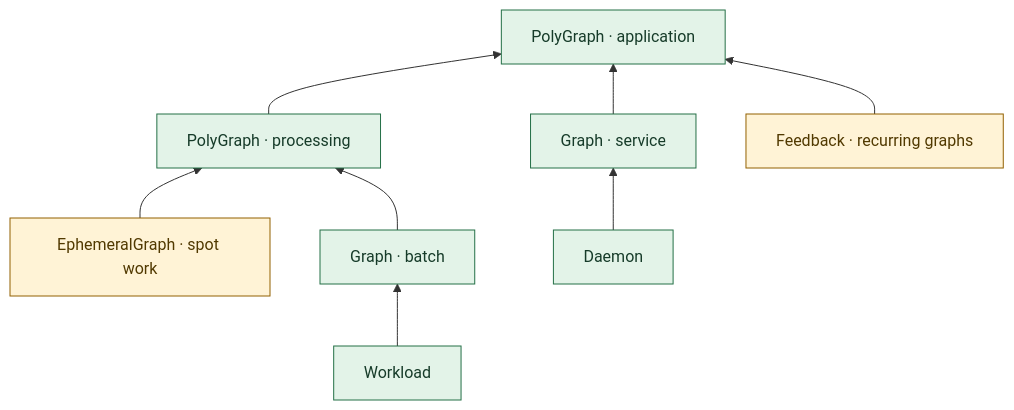
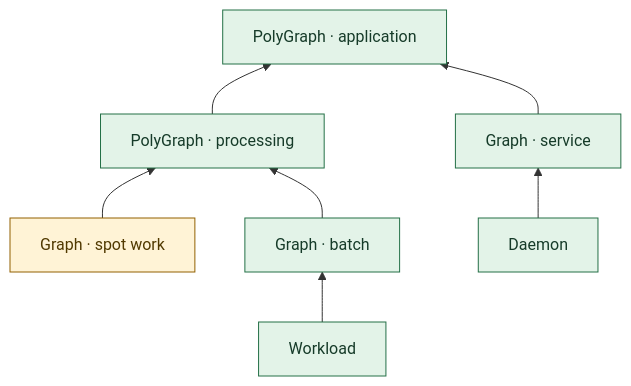
The first of 7 diagrams in README.md (astrivant/polyad), drawn with Mermaid before and after one commit. The commit also changed other lines of this file and 92 other files, not shown here.

````diff
--- a/README.md
+++ b/README.md
@@ -43,14 +43,13 @@
 ```mermaid
 flowchart BT
     job["Workload"] --> batch["Graph · batch"]
     daemon["Daemon"] --> service["Graph · service"]
-    spot["EphemeralGraph · spot work"] --> group["PolyGraph · processing"]
+    spot["Graph · spot work"] --> group["PolyGraph · processing"]
     batch --> group
     group --> root["PolyGraph · application"]
     service --> root
-    epochs["Feedback · recurring graphs"] --> root
     classDef execution fill:#e3f3e8,stroke:#247047,color:#163b29
     classDef constraint fill:#fff3d6,stroke:#926000,color:#513900
     class job,daemon,batch,service,group,root execution
-    class spot,epochs constraint
+    class spot constraint
 ```
````
